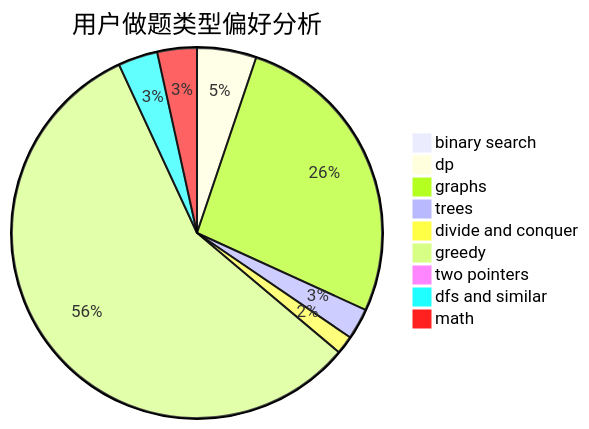
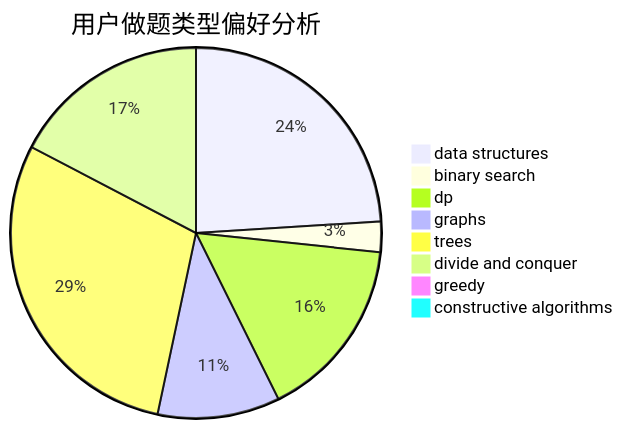
One commit to sherpahu/cfrs.github.io changed the second of 3 diagrams in docs/user/u107.md. Above: the diagram before and after it, drawn with Mermaid. The commit also changed other lines of this file and 2775 other files, not shown here.

````diff
--- a/docs/user/u107.md
+++ b/docs/user/u107.md
@@ -23,12 +23,11 @@
 ```mermaid
 pie title 用户做题类型偏好分析
-    "binary search" :  8
-    "dp" :  42
-    "graphs" :  216
+    "data structures" :  18
+    "binary search" :  2
+    "dp" :  12
+    "graphs" :  8
     "trees" :  22
     "divide and conquer" :  13
-    "greedy" :  462
-    "two pointers" :  0
-    "dfs and similar" :  28
-    "math" :  28
+    "greedy" :  0
+    "constructive algorithms" :  0
 ```
````
